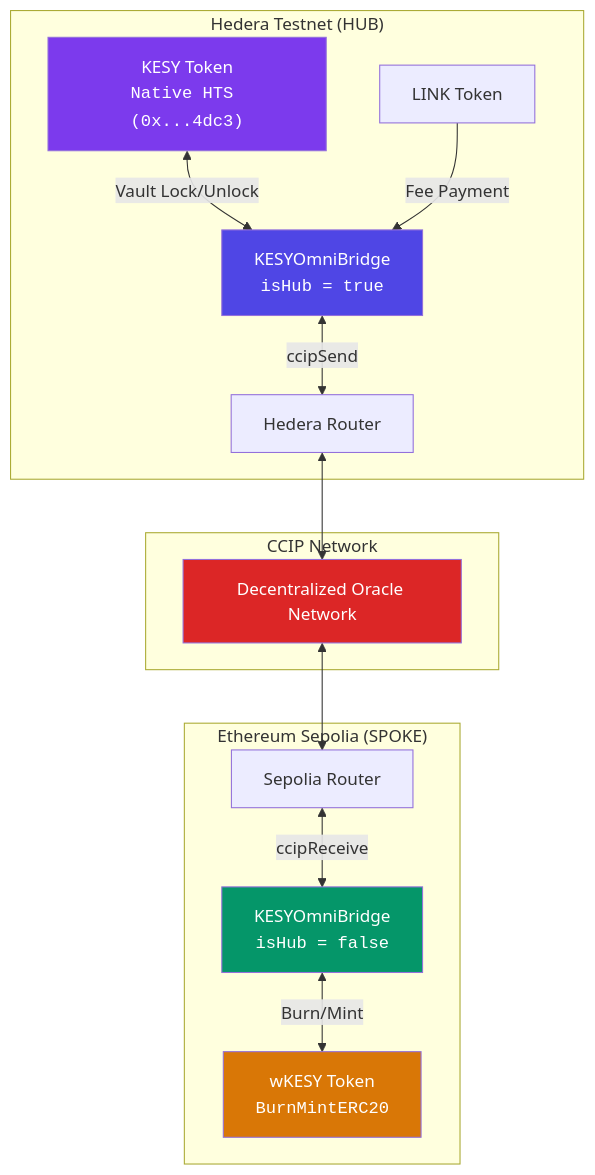
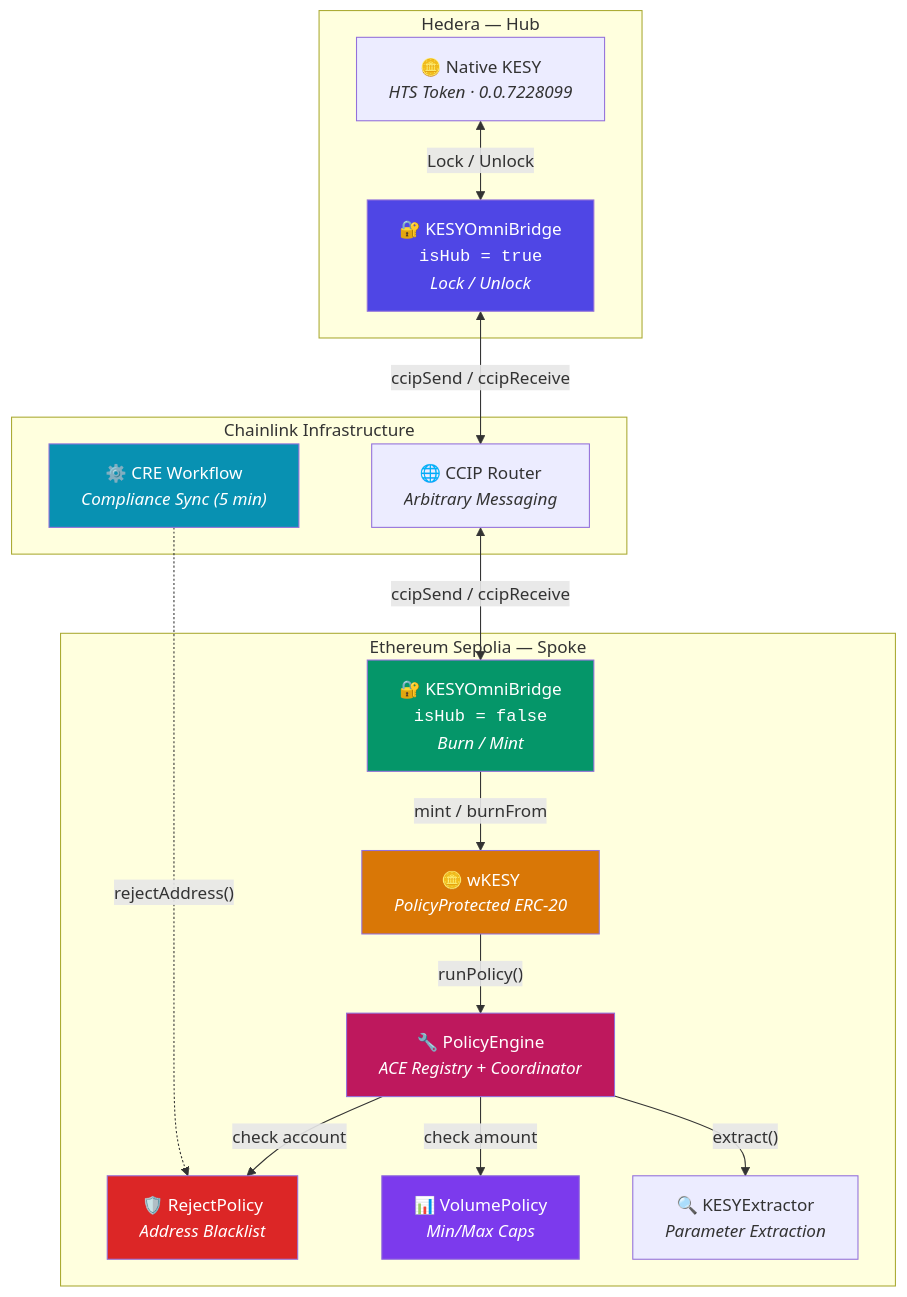
The first of 2 diagrams in contracts/README.md (nhx-finance/bridge), drawn with Mermaid before and after one commit. The commit also changed other lines of this file and 21 other files, not shown here.

Commit message:
chore: Update OpenZeppelin Contracts Upgradeable and Chainlink ACE dependencies.

````diff
--- a/contracts/README.md
+++ b/contracts/README.md
@@ -46,33 +15,39 @@
 ```mermaid
-graph TB
-    subgraph "Hedera Testnet (HUB)"
-        KESY["KESY Token<br/><code>Native HTS (0x...4dc3)</code>"]
-        LINK_H["LINK Token"]
-        Hub["KESYOmniBridge<br/><code>isHub = true</code>"]
-        HR["Hedera Router"]
+graph TD
+    subgraph "Hedera — Hub"
+        KESY["🪙 Native KESY<br/><i>HTS Token · 0.0.7228099</i>"]
+        HUB["🔐 KESYOmniBridge<br/><code>isHub = true</code><br/><i>Lock / Unlock</i>"]
     end
 
-    subgraph "CCIP Network"
-        DON["Decentralized Oracle Network"]
+    subgraph "Chainlink Infrastructure"
+        CCIP["🌐 CCIP Router<br/><i>Arbitrary Messaging</i>"]
+        CRE["⚙️ CRE Workflow<br/><i>Compliance Sync (5 min)</i>"]
     end
 
-    subgraph "Ethereum Sepolia (SPOKE)"
-        SR["Sepolia Router"]
-        Spoke["KESYOmniBridge<br/><code>isHub = false</code>"]
-        WKESY["wKESY Token<br/><code>BurnMintERC20</code>"]
+    subgraph "Ethereum Sepolia — Spoke"
+        PE["🔧 PolicyEngine<br/><i>ACE Registry + Coordinator</i>"]
+        RP["🛡️ RejectPolicy<br/><i>Address Blacklist</i>"]
+        VP["📊 VolumePolicy<br/><i>Min/Max Caps</i>"]
+        EX["🔍 KESYExtractor<br/><i>Parameter Extraction</i>"]
+        WKESY["🪙 wKESY<br/><i>PolicyProtected ERC-20</i>"]
+        SPOKE["🔐 KESYOmniBridge<br/><code>isHub = false</code><br/><i>Burn / Mint</i>"]
     end
 
-    KESY <-->|"Vault Lock/Unlock"| Hub
-    LINK_H -->|"Fee Payment"| Hub
-    Hub <-->|"ccipSend"| HR
-    HR <--> DON
-    DON <--> SR
-    SR <-->|"ccipReceive"| Spoke
-    Spoke <-->|"Burn/Mint"| WKESY
+    KESY <-->|"Lock / Unlock"| HUB
+    HUB <-->|"ccipSend / ccipReceive"| CCIP
+    CCIP <-->|"ccipSend / ccipReceive"| SPOKE
+    SPOKE -->|"mint / burnFrom"| WKESY
+    WKESY -->|"runPolicy()"| PE
+    PE -->|"extract()"| EX
+    PE -->|"check account"| RP
+    PE -->|"check amount"| VP
+    CRE -.->|"rejectAddress()"| RP
 
-    style Hub fill:#4F46E5,color:#fff
-    style Spoke fill:#059669,color:#fff
+    style HUB fill:#4F46E5,color:#fff
+    style SPOKE fill:#059669,color:#fff
     style WKESY fill:#D97706,color:#fff
-    style KESY fill:#7C3AED,color:#fff
-    style DON fill:#DC2626,color:#fff
+    style PE fill:#BE185D,color:#fff
+    style RP fill:#DC2626,color:#fff
+    style VP fill:#7C3AED,color:#fff
+    style CRE fill:#0891B2,color:#fff
 ```
````
